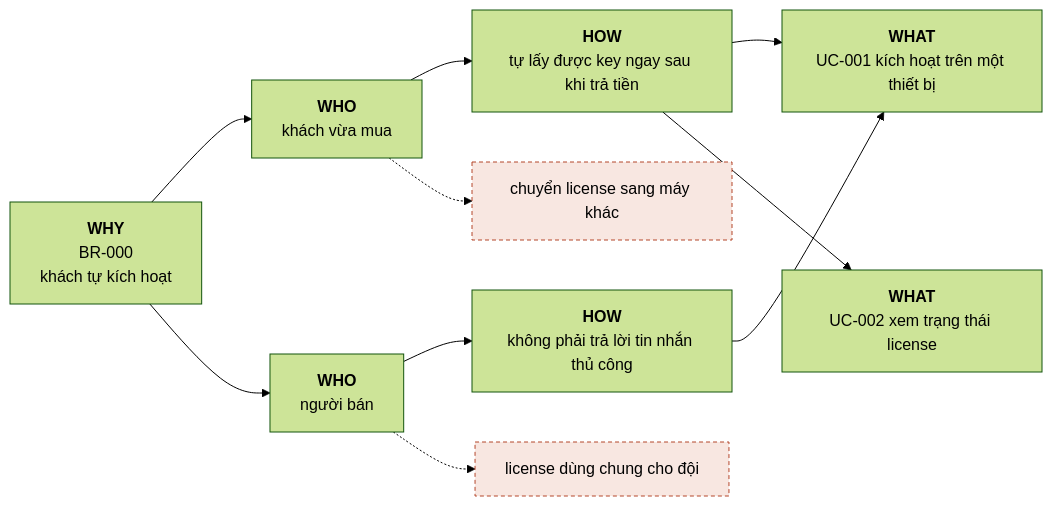
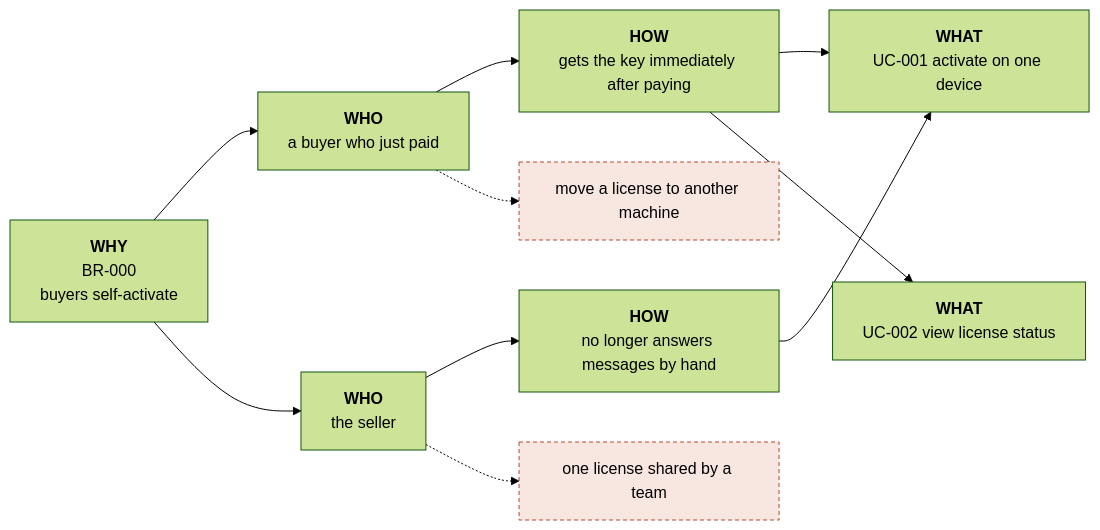
One commit to quangman2211/sdd-solo changed the diagram in plugins/sdd-solo/templates/project/specs/core/br-000/br.md. Above: the diagram before and after it, drawn with Mermaid (forest theme). The commit also changed other lines of this file and 133 other files, not shown here.

First line of the commit message:
feat(sdd-solo): 7.8.0 — vỏ plugin sang tiếng Anh, giọng trả lời theo ngôn ngữ user gõ

````diff
--- a/plugins/sdd-solo/templates/project/specs/core/br-000/br.md
+++ b/plugins/sdd-solo/templates/project/specs/core/br-000/br.md
@@ -103,23 +104,23 @@
 ```mermaid
 flowchart LR
-  G["<b>WHY</b><br/>BR-000<br/>khách tự kích hoạt"]
-  A1["<b>WHO</b><br/>khách vừa mua"]
-  A2["<b>WHO</b><br/>người bán"]
-  H1["<b>HOW</b><br/>tự lấy được key ngay sau khi trả tiền"]
-  H2["<b>HOW</b><br/>không phải trả lời tin nhắn thủ công"]
-  W1["<b>WHAT</b><br/>UC-001 kích hoạt trên một thiết bị"]
-  W2["<b>WHAT</b><br/>UC-002 xem trạng thái license"]
-  X1["chuyển license sang máy khác"]
-  X2["license dùng chung cho đội"]
+  G["<b>WHY</b><br/>BR-000<br/>buyers self-activate"]
+  A1["<b>WHO</b><br/>a buyer who just paid"]
+  A2["<b>WHO</b><br/>the seller"]
+  H1["<b>HOW</b><br/>gets the key immediately after paying"]
+  H2["<b>HOW</b><br/>no longer answers messages by hand"]
+  W1["<b>WHAT</b><br/>UC-001 activate on one device"]
+  W2["<b>WHAT</b><br/>UC-002 view license status"]
+  X1["move a license to another machine"]
+  X2["one license shared by a team"]
   G --> A1
   G --> A2
   A1 --> H1
   A2 --> H2
   H1 --> W1
   H1 --> W2
   H2 --> W1
   A1 -.-> X1
   A2 -.-> X2
   classDef out fill:#F8E7E1,stroke:#B4472B,stroke-dasharray:4 3
   class X1,X2 out
 ```
````
